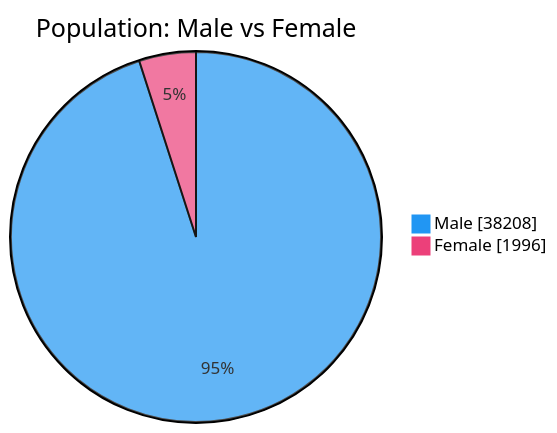
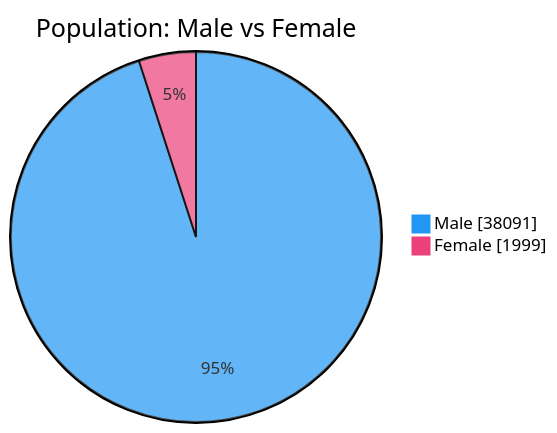
The second of 7 diagrams in README.md (nuuuwan/lk_prisons), drawn with Mermaid before and after one commit. The commit also changed other lines of this file and 1 other file, not shown here.

````diff
--- a/README.md
+++ b/README.md
@@ -54,6 +54,6 @@
 ```mermaid
 %%{init: {'themeVariables': {'pie1': '#2196F3', 'pie2': '#EC407A'}}}%%
 pie showData title Population: Male vs Female
-    "Male" : 38208
-    "Female" : 1996
+    "Male" : 38091
+    "Female" : 1999
 ```
````
